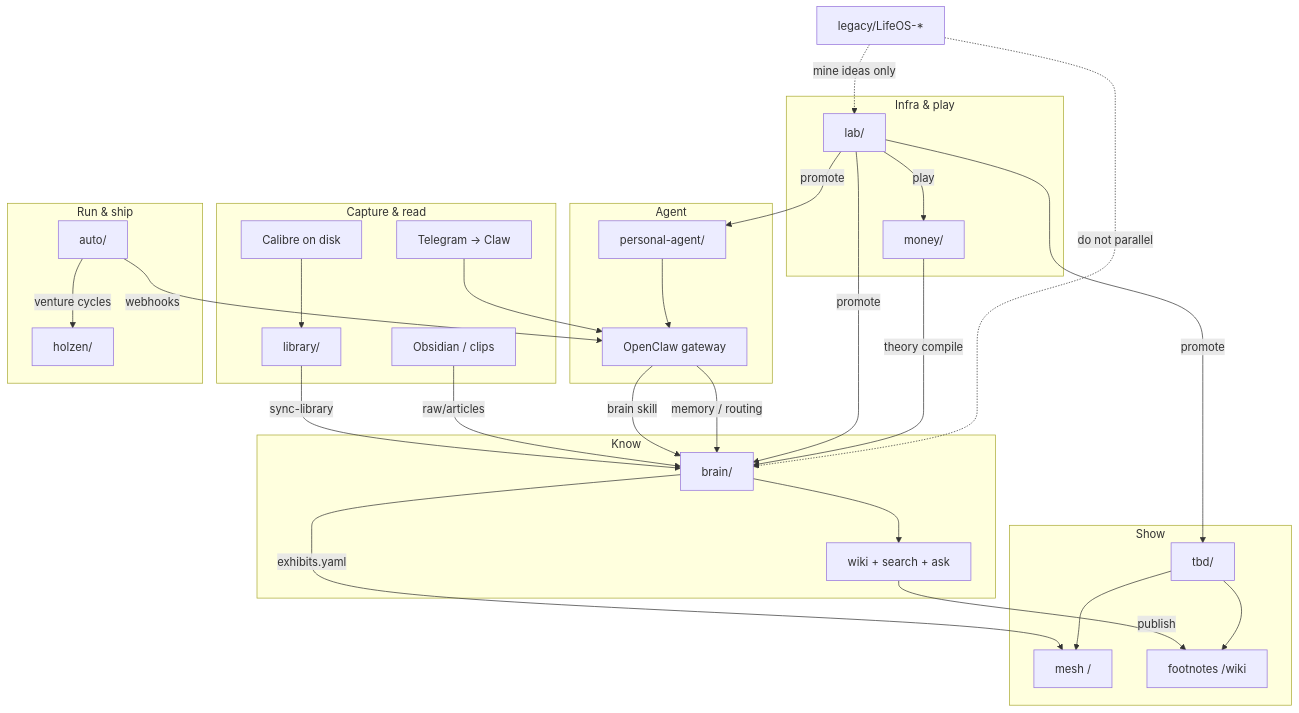
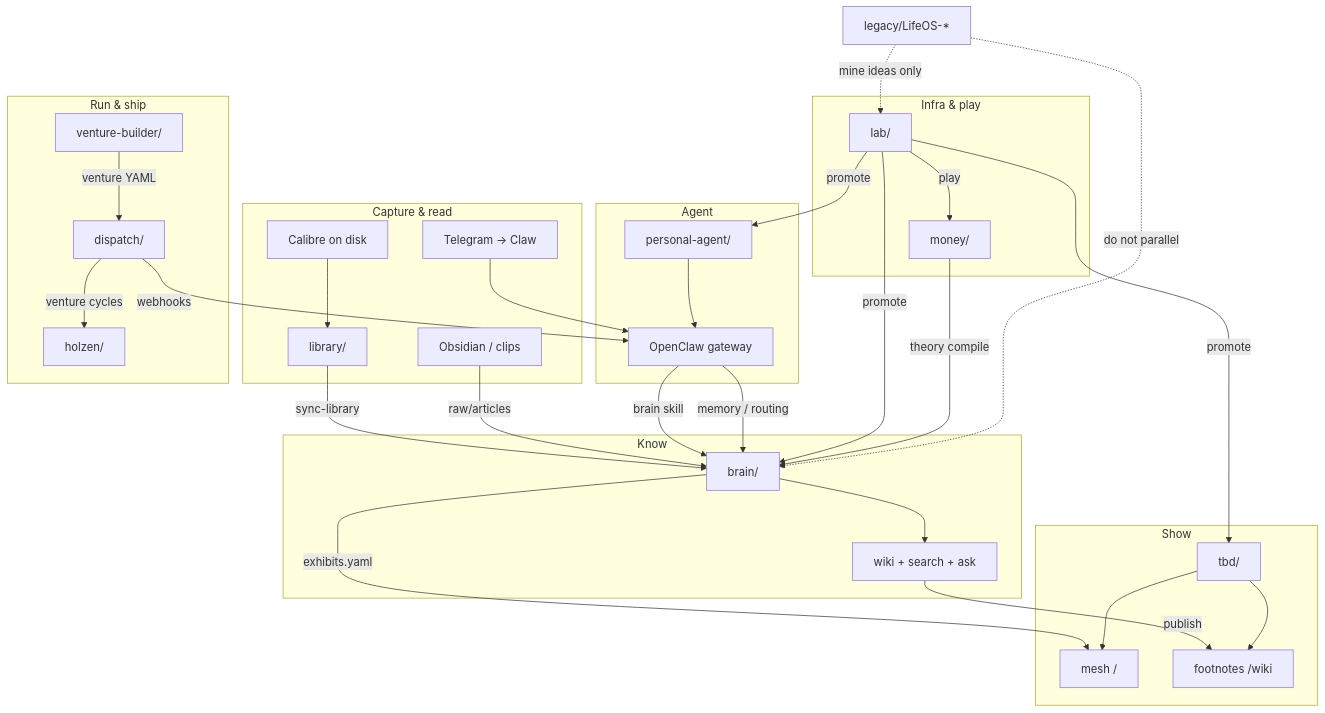
Before and after one commit to Angelguirao/projects: the diagram in README.md, drawn with Mermaid. The commit also changed other lines of this file and 2 other files, not shown here.

Commit message:
Meta-map: replace auto with dispatch + venture-builder throughout README.

````diff
--- a/README.md
+++ b/README.md
@@ -61,59 +61,61 @@
 ```mermaid
 flowchart TB
   subgraph capture["Capture & read"]
     CAL[Calibre on disk]
     LIB[library/]
     OBS[Obsidian / clips]
     TG[Telegram → Claw]
   end
 
   subgraph know["Know"]
     BR[brain/]
     BRW[wiki + search + ask]
   end
 
   subgraph show["Show"]
     TBD[tbd/]
     MESH["mesh /"]
     WIKI["footnotes /wiki"]
   end
 
   subgraph agent["Agent"]
     PA[personal-agent/]
     CLAW[OpenClaw gateway]
   end
 
   subgraph run["Run & ship"]
-    AUTO[auto/]
+    DISP[dispatch/]
+    VB[venture-builder/]
     HOL[holzen/]
   end
 
   subgraph infra["Infra & play"]
     MON[money/]
     LAB[lab/]
   end
 
   CAL --> LIB
   LIB -->|sync-library| BR
   OBS -->|raw/articles| BR
   BR --> BRW
   BRW -->|publish| WIKI
   BR -->|exhibits.yaml| MESH
   TBD --> MESH
   TBD --> WIKI
 
   TG --> CLAW
   PA --> CLAW
   CLAW -->|brain skill| BR
   CLAW -->|memory / routing| BR
-  AUTO -->|webhooks| CLAW
-  AUTO -->|venture cycles| HOL
+  DISP -->|webhooks| CLAW
+  VB -->|venture YAML| DISP
+  DISP -->|venture cycles| HOL
   LAB -->|promote| BR
   LAB -->|promote| TBD
   LAB -->|promote| PA
   LAB -->|play| MON
   MON -->|theory compile| BR
 
   LEG[legacy/LifeOS-*] -.->|mine ideas only| LAB
   LEG -.->|do not parallel| BR
 ```
````
